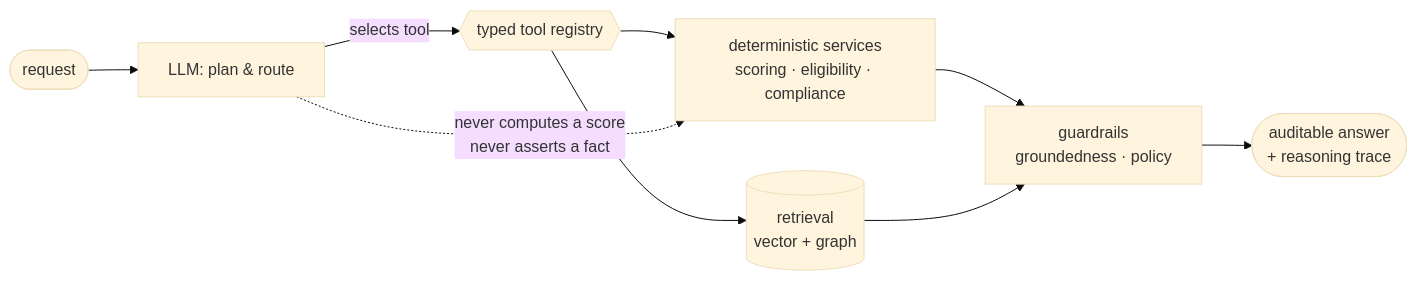
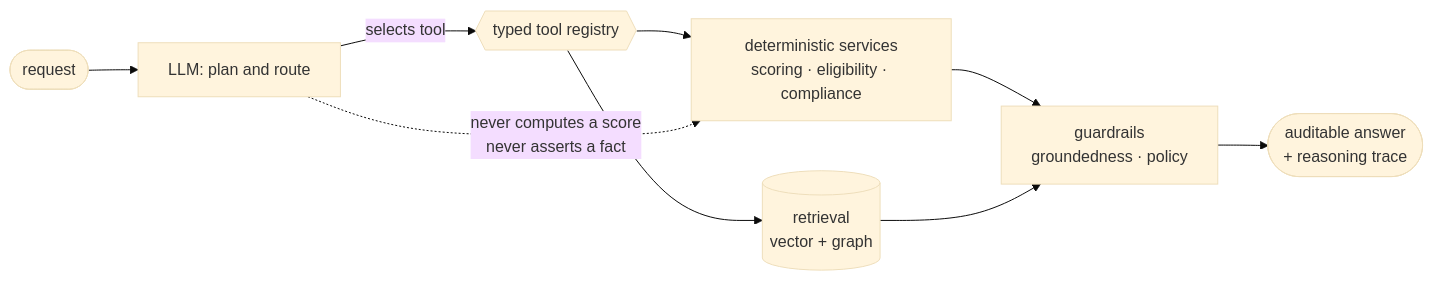
Before and after one commit to palak178/palak178: the diagram in README.md, drawn with Mermaid (base theme).

Commit message:
Quote mermaid node labels

````diff
--- a/README.md
+++ b/README.md
@@ -12,11 +12,11 @@
 ```mermaid
 flowchart LR
-    U([request]) --> P[LLM: plan & route]
-    P -->|selects tool| T{{typed tool registry}}
-    T --> D[deterministic services<br/>scoring · eligibility · compliance]
-    T --> R[(retrieval<br/>vector + graph)]
-    D --> G[guardrails<br/>groundedness · policy]
+    U(["request"]) --> P["LLM: plan and route"]
+    P -->|"selects tool"| T{{"typed tool registry"}}
+    T --> D["deterministic services<br/>scoring · eligibility · compliance"]
+    T --> R[("retrieval<br/>vector + graph")]
+    D --> G["guardrails<br/>groundedness · policy"]
     R --> G
-    G --> O([auditable answer<br/>+ reasoning trace])
-    P -.->|never computes a score<br/>never asserts a fact| D
+    G --> O(["auditable answer<br/>+ reasoning trace"])
+    P -.->|"never computes a score<br/>never asserts a fact"| D
 ```
````
